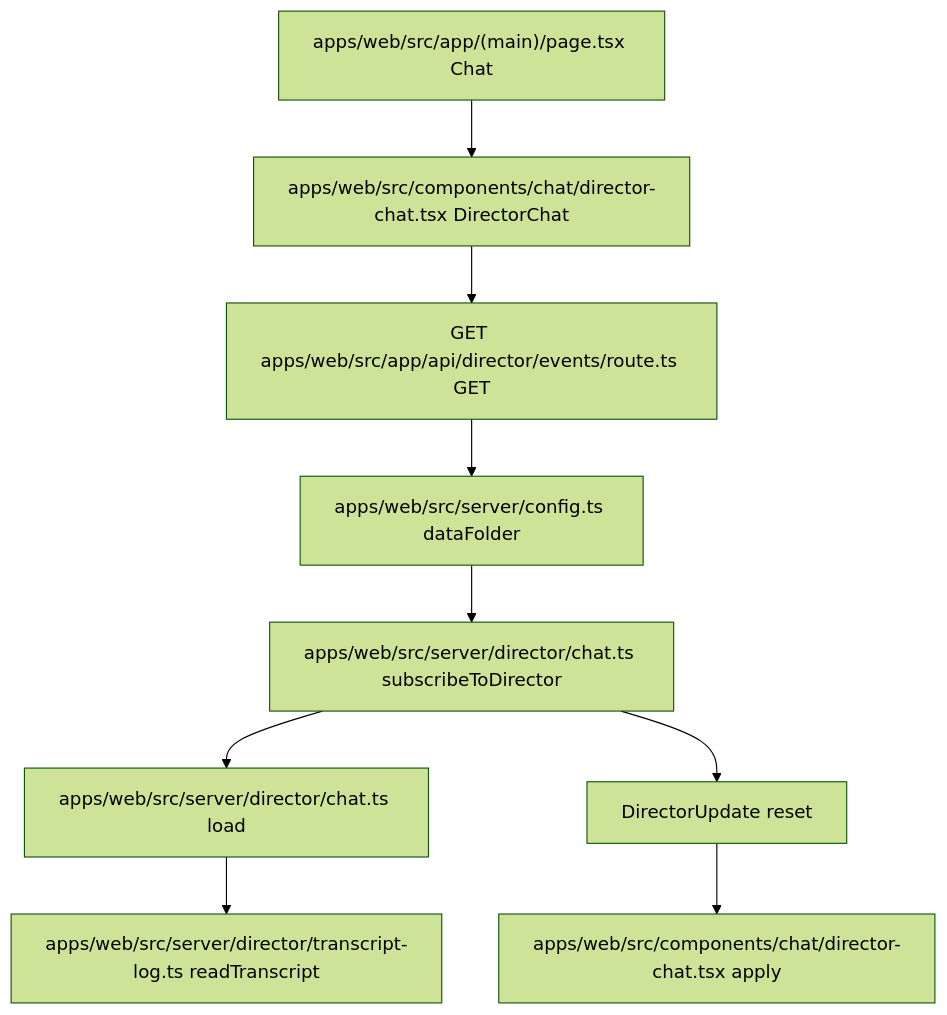
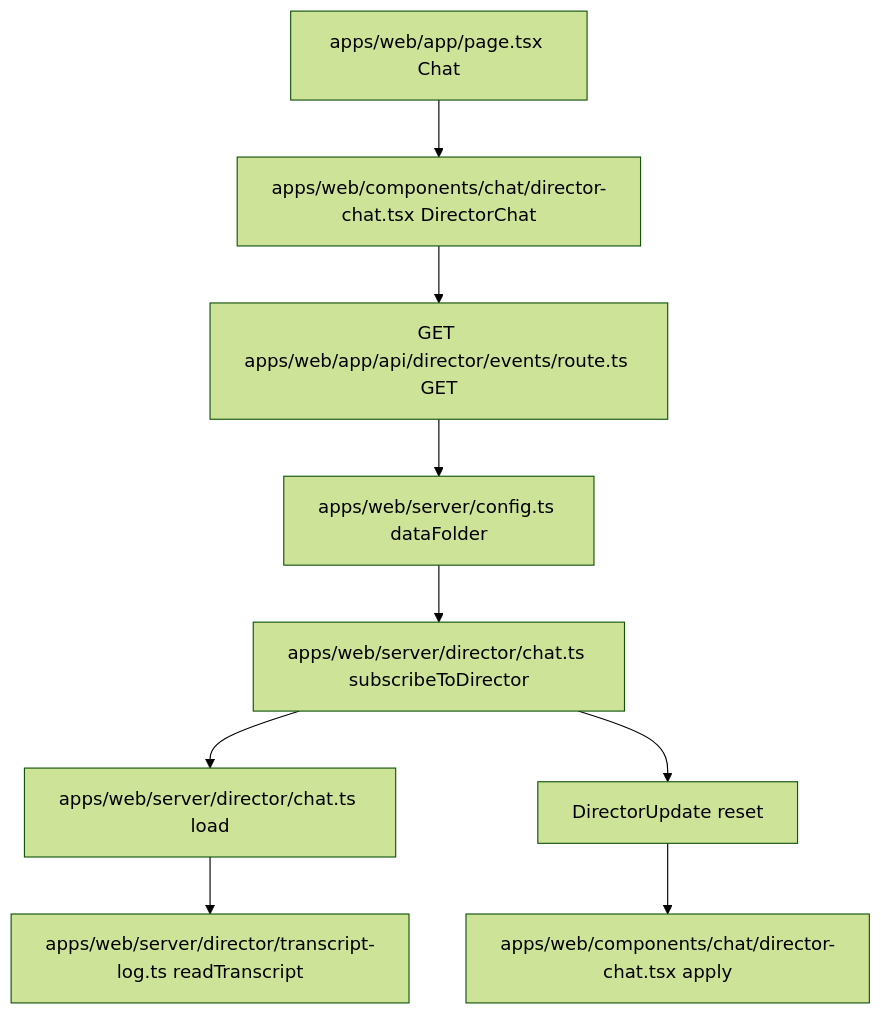
Before and after one commit to devjiwonchoi/busyboy: the third of 5 diagrams in DOMAIN.md, drawn with Mermaid (forest theme). The commit also changed other lines of this file and 72 other files, not shown here.

First line of the commit message:
Enforce the shadcn theme and flatten the web app.

````diff
--- a/DOMAIN.md
+++ b/DOMAIN.md
@@ -66,11 +66,11 @@
 ```mermaid
 flowchart TD
-  Page["apps/web/src/app/(main)/page.tsx Chat"] --> View["apps/web/src/components/chat/director-chat.tsx DirectorChat"]
-  View --> Events["GET apps/web/src/app/api/director/events/route.ts GET"]
-  Events --> Folder["apps/web/src/server/config.ts dataFolder"]
-  Folder --> Sub["apps/web/src/server/director/chat.ts subscribeToDirector"]
-  Sub --> Load["apps/web/src/server/director/chat.ts load"]
-  Load --> Read["apps/web/src/server/director/transcript-log.ts readTranscript"]
+  Page["apps/web/app/page.tsx Chat"] --> View["apps/web/components/chat/director-chat.tsx DirectorChat"]
+  View --> Events["GET apps/web/app/api/director/events/route.ts GET"]
+  Events --> Folder["apps/web/server/config.ts dataFolder"]
+  Folder --> Sub["apps/web/server/director/chat.ts subscribeToDirector"]
+  Sub --> Load["apps/web/server/director/chat.ts load"]
+  Load --> Read["apps/web/server/director/transcript-log.ts readTranscript"]
   Sub --> Reset["DirectorUpdate reset"]
-  Reset --> Apply["apps/web/src/components/chat/director-chat.tsx apply"]
+  Reset --> Apply["apps/web/components/chat/director-chat.tsx apply"]
 ```
````
